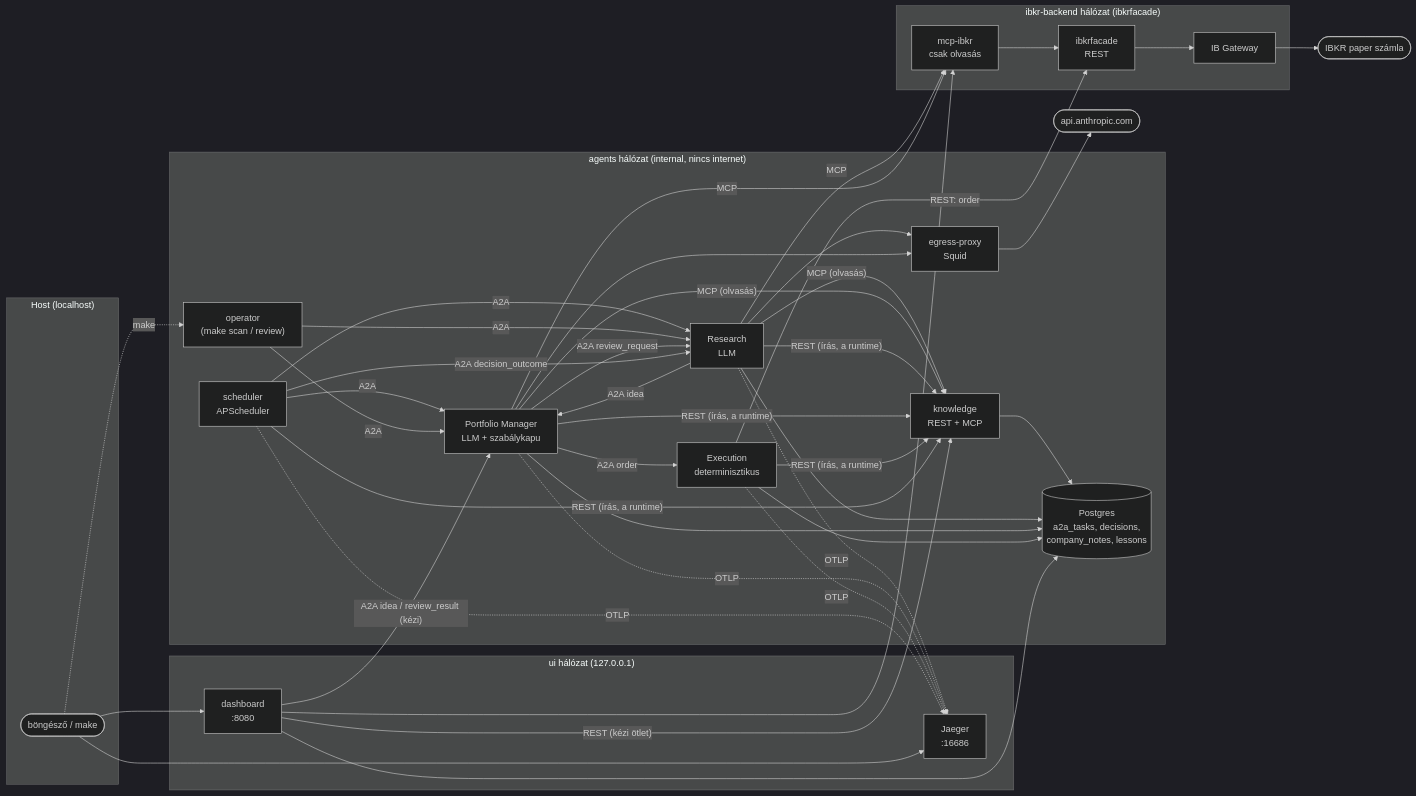
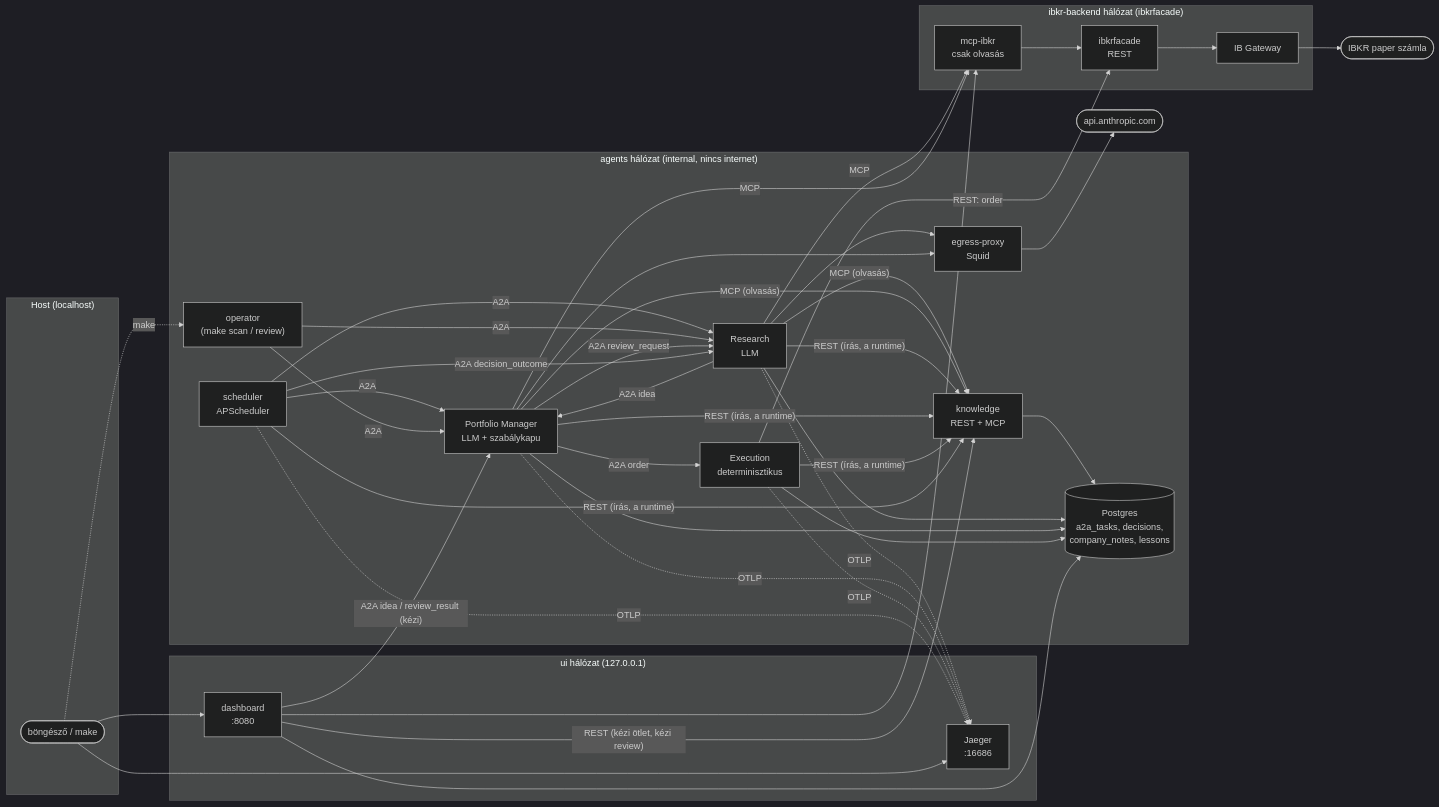
Before and after one commit to medovarszki/auxin-agentic-investment-organization: the first of 6 diagrams in README.md, drawn with Mermaid (dark theme). The commit also changed other lines of this file, not shown here.

Commit message:
README: manual review in the architecture diagram, a new sequence diagram, PM and dashboard rows

````diff
--- a/README.md
+++ b/README.md
@@ -70,53 +70,53 @@
 ```mermaid
 flowchart LR
     subgraph host["Host (localhost)"]
         user(["böngésző / make"])
     end
 
     subgraph ui["ui hálózat (127.0.0.1)"]
         dashboard["dashboard<br/>:8080"]
         jaeger["Jaeger<br/>:16686"]
     end
 
     subgraph agents["agents hálózat (internal, nincs internet)"]
         scheduler["scheduler<br/>APScheduler"]
         operator["operator<br/>(make scan / review)"]
         research["Research<br/>LLM"]
         pm["Portfolio Manager<br/>LLM + szabálykapu"]
         exec["Execution<br/>determinisztikus"]
         knowledge["knowledge<br/>REST + MCP"]
         postgres[("Postgres<br/>a2a_tasks, decisions,<br/>company_notes, lessons")]
         proxy["egress-proxy<br/>Squid"]
     end
 
     subgraph ibkr["ibkr-backend hálózat (ibkrfacade)"]
         mcp["mcp-ibkr<br/>csak olvasás"]
         facade["ibkrfacade<br/>REST"]
         gateway["IB Gateway"]
     end
 
     anthropic(["api.anthropic.com"])
     ib(["IBKR paper számla"])
 
     user --> dashboard & jaeger
     dashboard -- "A2A idea / review_result (kézi)" --> pm
-    dashboard -- "REST (kézi ötlet)" --> knowledge
+    dashboard -- "REST (kézi ötlet, kézi review)" --> knowledge
     user -. make .-> operator
     scheduler -- A2A --> research & pm
     operator -- A2A --> research & pm
     research -- "A2A idea" --> pm
     pm -- "A2A review_request" --> research
     pm -- "A2A order" --> exec
     scheduler -- "A2A decision_outcome" --> research
     research & pm --> proxy --> anthropic
     research & pm -- MCP --> mcp
     research & pm -- "MCP (olvasás)" --> knowledge
     research & pm & exec & scheduler -- "REST (írás, a runtime)" --> knowledge
     knowledge --> postgres
     research & pm & exec --> postgres
     exec -- "REST: order" --> facade
     mcp --> facade --> gateway --> ib
     dashboard --> postgres
     dashboard --> mcp
     research & pm & exec & scheduler -. OTLP .-> jaeger
 ```
````
